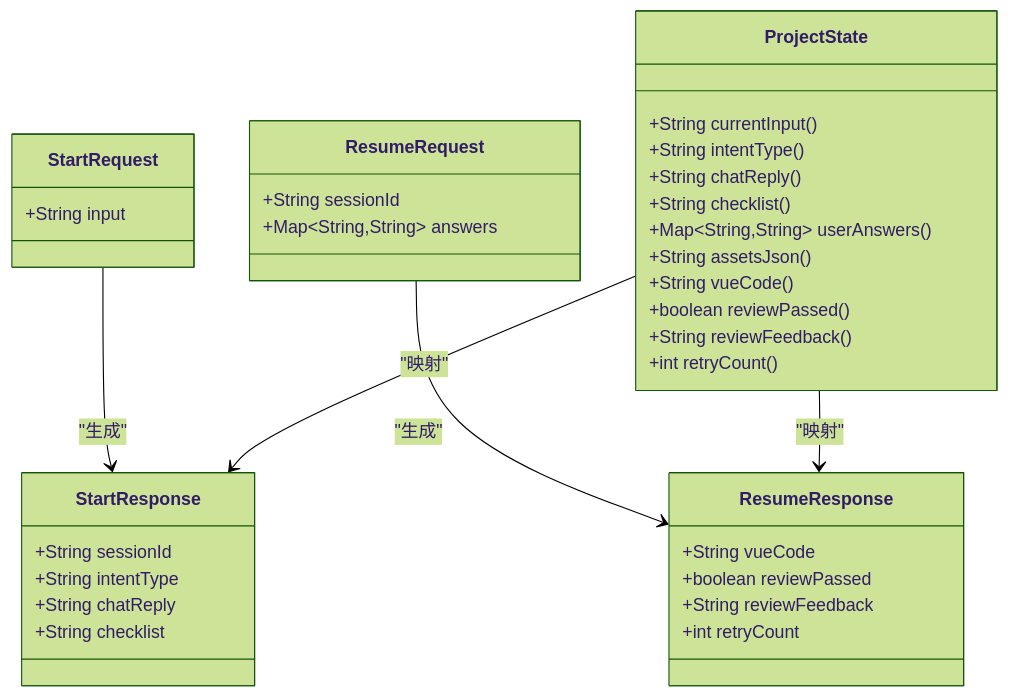
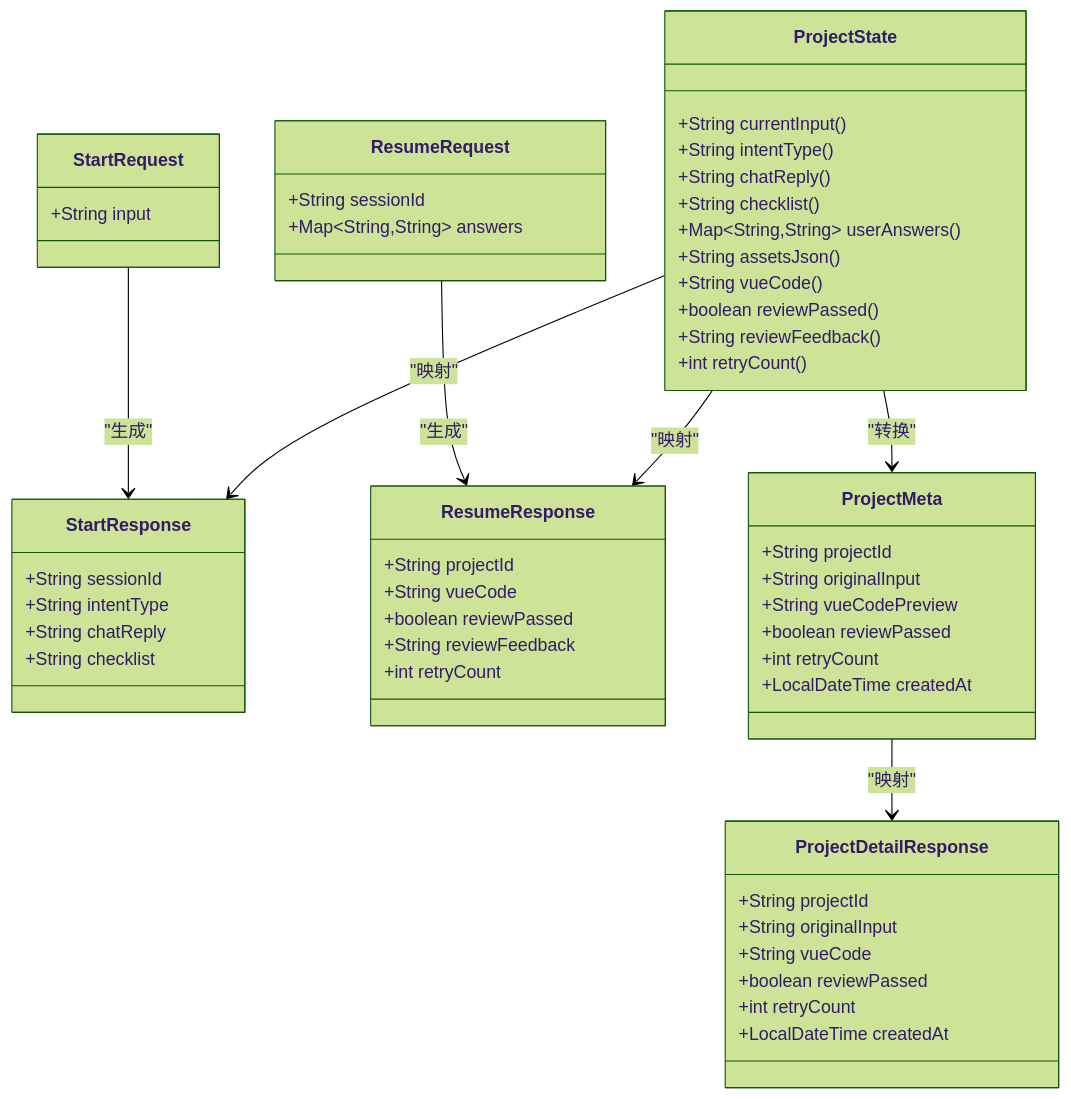
The third of 7 diagrams in .qoder/repowiki/zh/content/API接口文档.md (CyanYuKi/WebSiteFrontendCodeMother), drawn with Mermaid (forest theme) before and after one commit. The commit also changed other lines of this file and 5 other files, not shown here.

````diff
--- a/.qoder/repowiki/zh/content/API接口文档.md
+++ b/.qoder/repowiki/zh/content/API接口文档.md
@@ -251,38 +400,57 @@
 ```mermaid
 classDiagram
 class StartRequest {
 +String input
 }
 class StartResponse {
 +String sessionId
 +String intentType
 +String chatReply
 +String checklist
 }
 class ResumeRequest {
 +String sessionId
 +Map~String,String~ answers
 }
 class ResumeResponse {
++String projectId
 +String vueCode
 +boolean reviewPassed
 +String reviewFeedback
 +int retryCount
+}
+class ProjectMeta {
++String projectId
++String originalInput
++String vueCodePreview
++boolean reviewPassed
++int retryCount
++LocalDateTime createdAt
+}
+class ProjectDetailResponse {
++String projectId
++String originalInput
++String vueCode
++boolean reviewPassed
++int retryCount
++LocalDateTime createdAt
 }
 class ProjectState {
 +String currentInput()
 +String intentType()
 +String chatReply()
 +String checklist()
 +Map~String,String~ userAnswers()
 +String assetsJson()
 +String vueCode()
 +boolean reviewPassed()
 +String reviewFeedback()
 +int retryCount()
 }
 StartRequest --> StartResponse : "生成"
 ResumeRequest --> ResumeResponse : "生成"
 ProjectState --> StartResponse : "映射"
 ProjectState --> ResumeResponse : "映射"
+ProjectState --> ProjectMeta : "转换"
+ProjectMeta --> ProjectDetailResponse : "映射"
 ```
````
